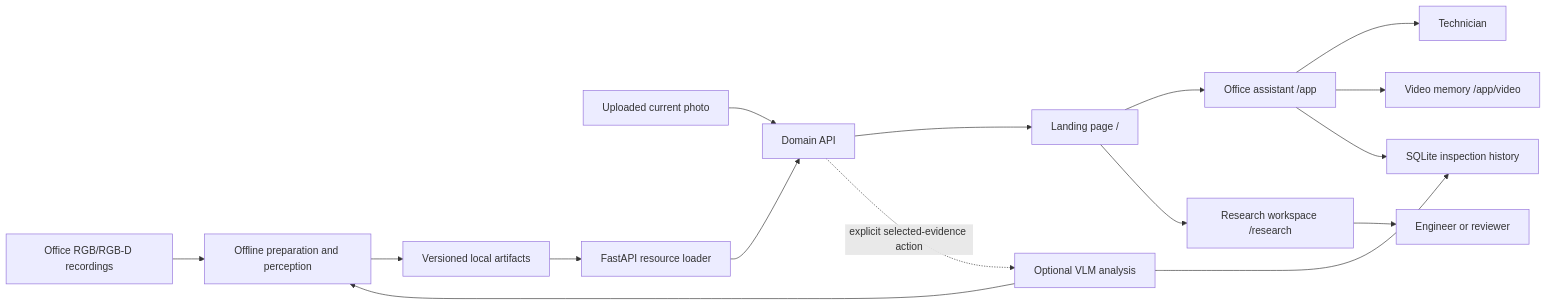
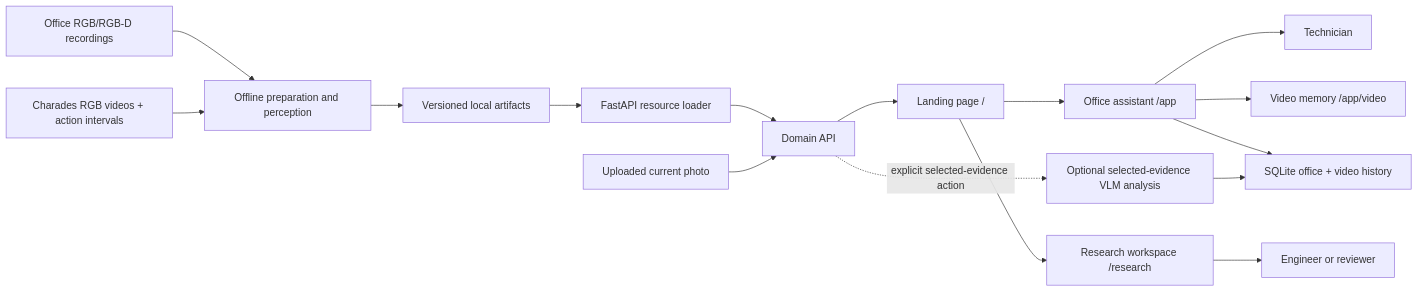
The first of 3 diagrams in docs/system_design_and_architecture.md (madhavpr191221/visual-memory-lab), drawn with Mermaid before and after one commit. The commit also changed other lines of this file and 16 other files, not shown here.

Commit message:
Build application-first video inspection workflow

````diff
--- a/docs/system_design_and_architecture.md
+++ b/docs/system_design_and_architecture.md
@@ -17,29 +17,29 @@
 ```mermaid
 flowchart LR
     D[Office RGB/RGB-D recordings]
-    V[Charades RGB videos + action intervals]
+    CV[Charades RGB videos + action intervals]
     U[Uploaded current photo]
     P[Offline preparation and perception]
     A[Versioned local artifacts]
     F[FastAPI resource loader]
     API[Domain API]
     L[Landing page /]
     APP[Office assistant /app]
     VM[Video memory /app/video]
     R[Research workspace /research]
-    H[SQLite inspection history]
+    H[SQLite office + video history]
     T[Technician]
     E[Engineer or reviewer]
-    V[Optional VLM analysis]
+    LLM[Optional selected-evidence VLM analysis]
 
     D --> P --> A --> F --> API
-    V --> P
+    CV --> P
     U --> API
     API --> L
     L --> APP --> T
     APP --> VM
     L --> R --> E
     APP --> H
-    API -. explicit selected-evidence action .-> V
-    V --> H
+    API -. explicit selected-evidence action .-> LLM
+    LLM --> H
 ```
````
